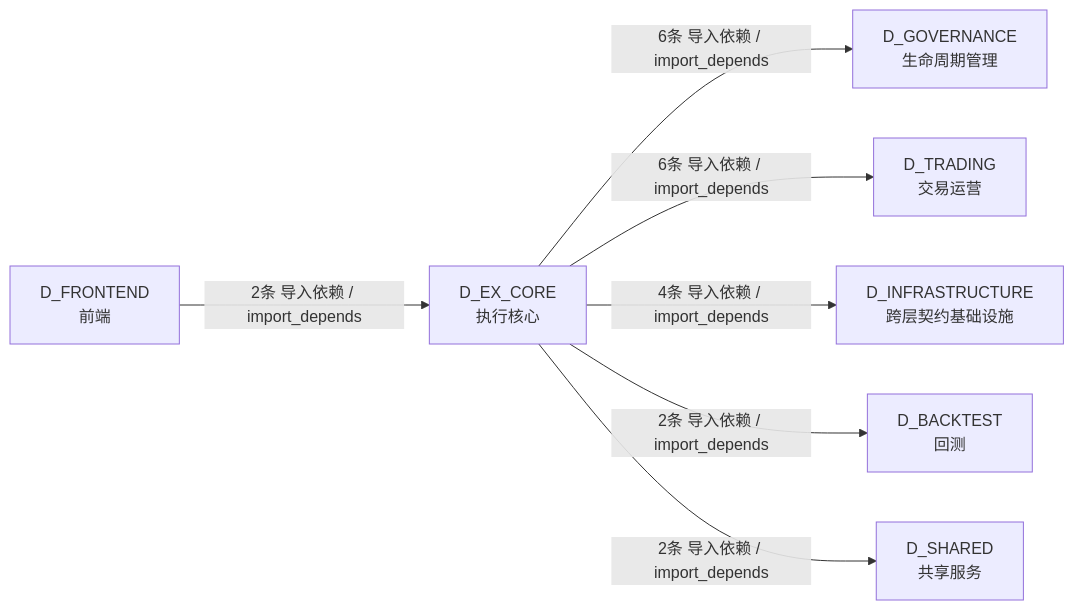
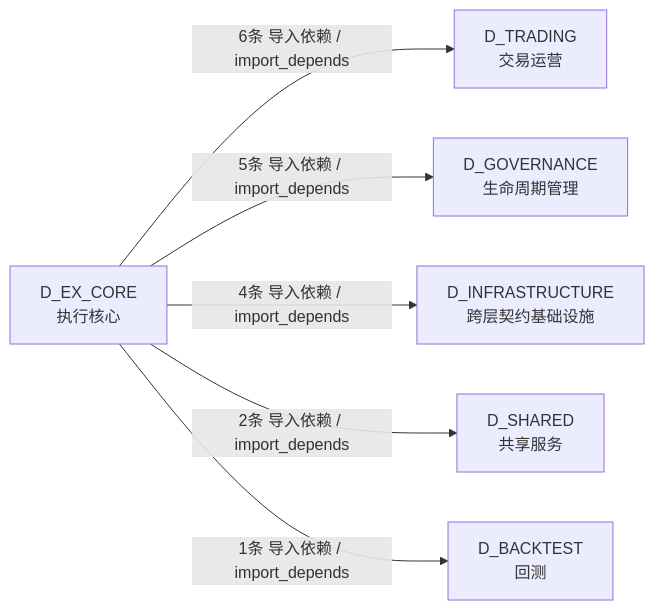
One commit to xuanFelixVan/ZephyrAlpha changed the third of 3 diagrams in docs/02_enterprise_architecture/02_domain_architecture_docs/34_d_ex_core.md. Above: the diagram before and after it, drawn with Mermaid. The commit also changed other lines of this file and 128 other files, not shown here.

````diff
--- a/docs/02_enterprise_architecture/02_domain_architecture_docs/34_d_ex_core.md
+++ b/docs/02_enterprise_architecture/02_domain_architecture_docs/34_d_ex_core.md
@@ -252,16 +197,14 @@
 ```mermaid
 graph LR
     D_EX_CORE["D_EX_CORE<br/>执行核心"]
+    D_TRADING["D_TRADING<br/>交易运营"]
     D_GOVERNANCE["D_GOVERNANCE<br/>生命周期管理"]
-    D_TRADING["D_TRADING<br/>交易运营"]
     D_INFRASTRUCTURE["D_INFRASTRUCTURE<br/>跨层契约基础设施"]
+    D_SHARED["D_SHARED<br/>共享服务"]
     D_BACKTEST["D_BACKTEST<br/>回测"]
-    D_SHARED["D_SHARED<br/>共享服务"]
-    D_FRONTEND["D_FRONTEND<br/>前端"]
-    D_EX_CORE -->|6条 导入依赖 / import_depends| D_GOVERNANCE
     D_EX_CORE -->|6条 导入依赖 / import_depends| D_TRADING
+    D_EX_CORE -->|5条 导入依赖 / import_depends| D_GOVERNANCE
     D_EX_CORE -->|4条 导入依赖 / import_depends| D_INFRASTRUCTURE
-    D_EX_CORE -->|2条 导入依赖 / import_depends| D_BACKTEST
     D_EX_CORE -->|2条 导入依赖 / import_depends| D_SHARED
-    D_FRONTEND -->|2条 导入依赖 / import_depends| D_EX_CORE
+    D_EX_CORE -->|1条 导入依赖 / import_depends| D_BACKTEST
 ```
````
